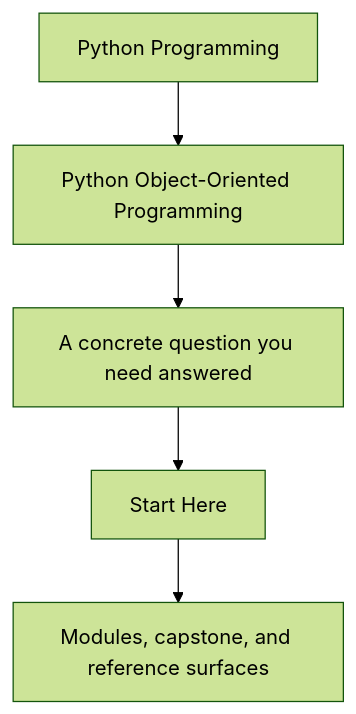
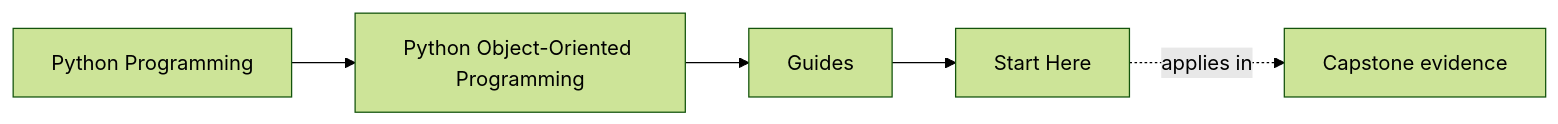
One commit to bijux/bijux-masterclass changed the first of 2 diagrams in programs/python-programming/python-object-oriented-programming/course-book/guides/start-here.md. Above: the diagram before and after it, drawn with Mermaid (forest theme). The commit also changed other lines of this file and 65 other files, not shown here.

Commit message:
docs(python-object-oriented-programming): map object model and design foundations

````diff
--- a/programs/python-programming/python-object-oriented-programming/course-book/guides/start-here.md
+++ b/programs/python-programming/python-object-oriented-programming/course-book/guides/start-here.md
@@ -7,7 +7,11 @@
 ```mermaid
-flowchart TD
-  family["Python Programming"] --> program["Python Object-Oriented Programming"]
-  program --> pressure["A concrete question you need answered"]
-  pressure --> guide["Start Here"]
-  guide --> next["Modules, capstone, and reference surfaces"]
+graph LR
+  family["Python Programming"]
+  program["Python Object-Oriented Programming"]
+  section["Guides"]
+  page["Start Here"]
+  capstone["Capstone evidence"]
+
+  family --> program --> section --> page
+  page -.applies in.-> capstone
 ```
````
